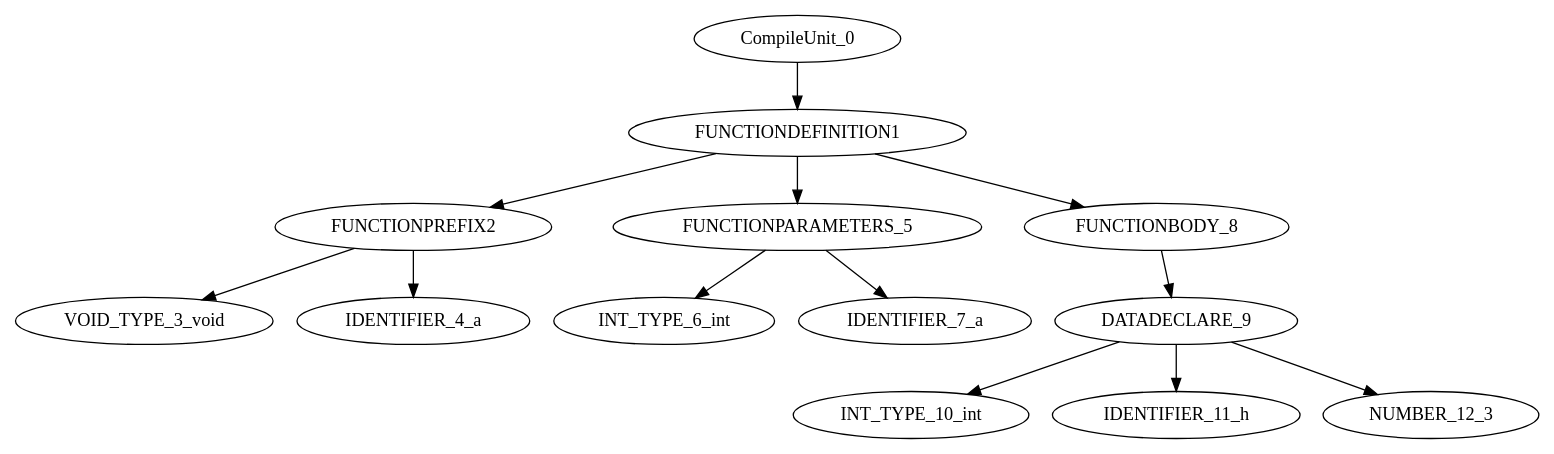
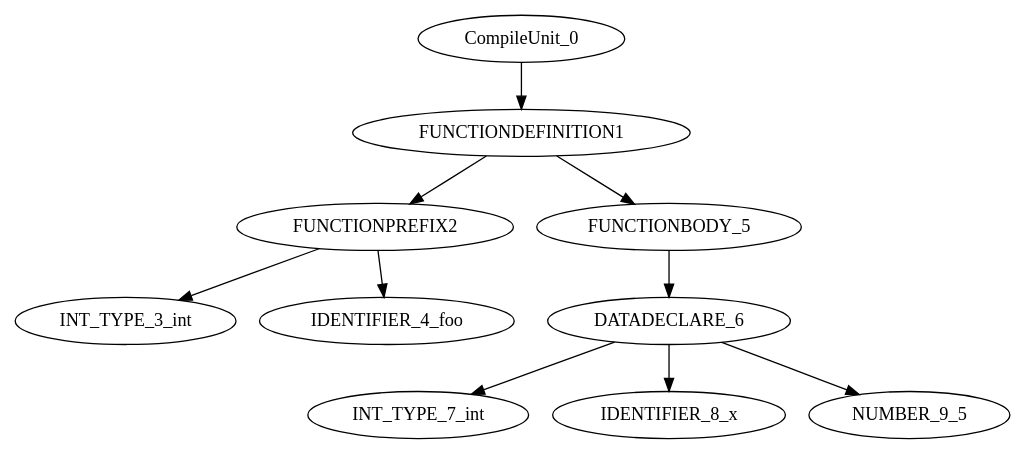
The diagram in C2ASM/TestBench/SyntaxTree.dot (vasilismoulas/Compiler-C2ASM), drawn with Graphviz before and after one commit. The commit also changed 38 other files, not shown here.

```diff
--- a/C2ASM/TestBench/SyntaxTree.dot
+++ b/C2ASM/TestBench/SyntaxTree.dot
@@ -1,14 +1,11 @@
 digraph G{
 "CompileUnit_0"->"FUNCTIONDEFINITION1";
 "FUNCTIONDEFINITION1"->"FUNCTIONPREFIX2";
-"FUNCTIONPREFIX2"->"VOID_TYPE_3_void";
-"FUNCTIONPREFIX2"->"IDENTIFIER_4_a";
-"FUNCTIONDEFINITION1"->"FUNCTIONPARAMETERS_5";
-"FUNCTIONPARAMETERS_5"->"INT_TYPE_6_int";
-"FUNCTIONPARAMETERS_5"->"IDENTIFIER_7_a";
-"FUNCTIONDEFINITION1"->"FUNCTIONBODY_8";
-"FUNCTIONBODY_8"->"DATADECLARE_9";
-"DATADECLARE_9"->"INT_TYPE_10_int";
-"DATADECLARE_9"->"IDENTIFIER_11_h";
-"DATADECLARE_9"->"NUMBER_12_3";
+"FUNCTIONPREFIX2"->"INT_TYPE_3_int";
+"FUNCTIONPREFIX2"->"IDENTIFIER_4_foo";
+"FUNCTIONDEFINITION1"->"FUNCTIONBODY_5";
+"FUNCTIONBODY_5"->"DATADECLARE_6";
+"DATADECLARE_6"->"INT_TYPE_7_int";
+"DATADECLARE_6"->"IDENTIFIER_8_x";
+"DATADECLARE_6"->"NUMBER_9_5";
 }
```
